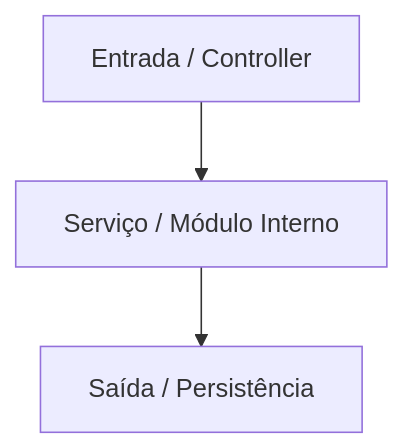
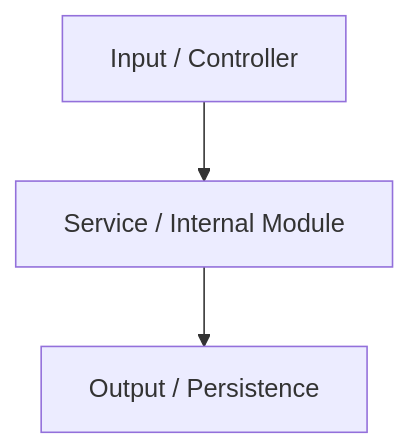
The diagram in skills/docs/resources/template_readme_local.md (MarcosVeniciu/antigravity-agentic-workflows), drawn with Mermaid before and after one commit. The commit also changed other lines of this file and 68 other files, not shown here.

````diff
--- a/skills/docs/resources/template_readme_local.md
+++ b/skills/docs/resources/template_readme_local.md
@@ -8,5 +8,5 @@
 ```mermaid
 graph TD
-    A["Entrada / Controller"] --> B["Serviço / Módulo Interno"]
-    B --> C["Saída / Persistência"]
+    A["Input / Controller"] --> B["Service / Internal Module"]
+    B --> C["Output / Persistence"]
 ```
````
